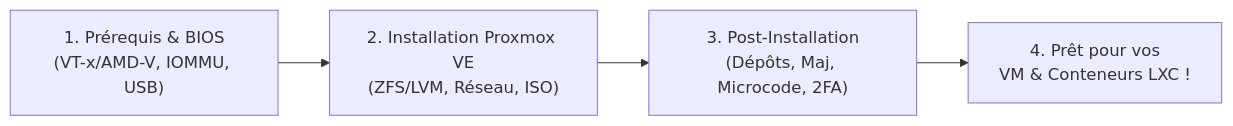
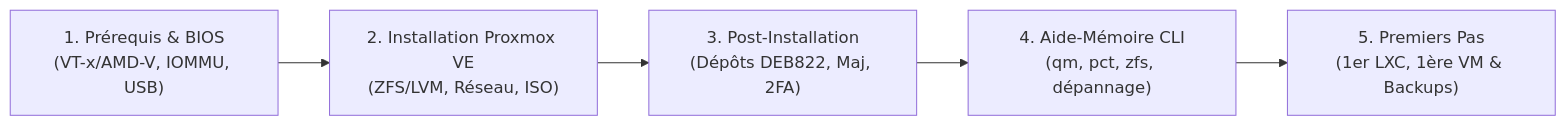
The diagram in README.md (Naedel/Proxmox-FR), drawn with Mermaid before and after one commit. The commit also changed other lines of this file and 6 other files, not shown here.

Commit message:
feat: Ajout du Chapitre 05 (Premiers pas VM/LXC), dépôts DEB822, schémas Mermaid et CI GitHub Actions

````diff
--- a/README.md
+++ b/README.md
@@ -16,6 +17,7 @@
 ```mermaid
 flowchart LR
     A["1. Prérequis & BIOS\n(VT-x/AMD-V, IOMMU, USB)"] --> B["2. Installation Proxmox VE\n(ZFS/LVM, Réseau, ISO)"]
-    B --> C["3. Post-Installation\n(Dépôts, Maj, Microcode, 2FA)"]
-    C --> D["4. Prêt pour vos\nVM & Conteneurs LXC !"]
+    B --> C["3. Post-Installation\n(Dépôts DEB822, Maj, 2FA)"]
+    C --> D["4. Aide-Mémoire CLI\n(qm, pct, zfs, dépannage)"]
+    D --> E["5. Premiers Pas\n(1er LXC, 1ère VM & Backups)"]
 ```
````
